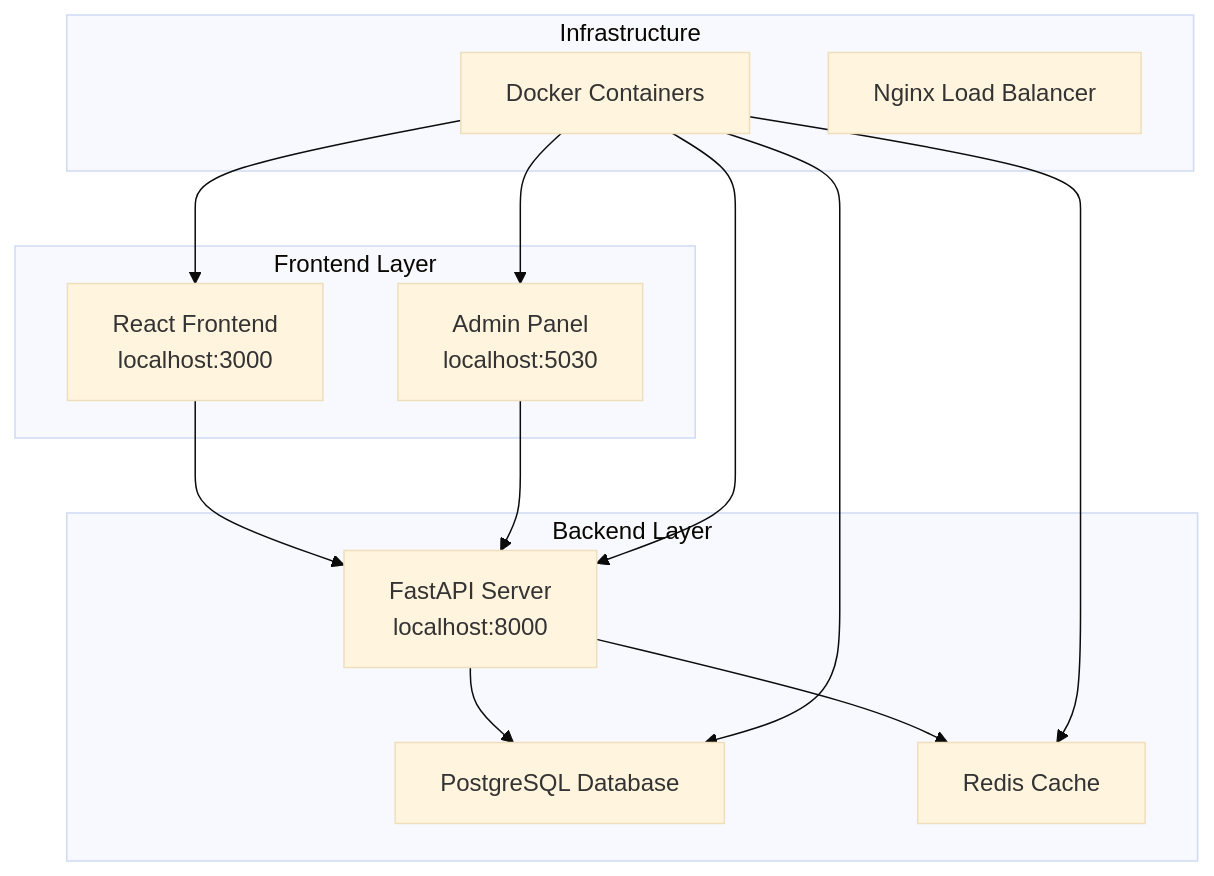
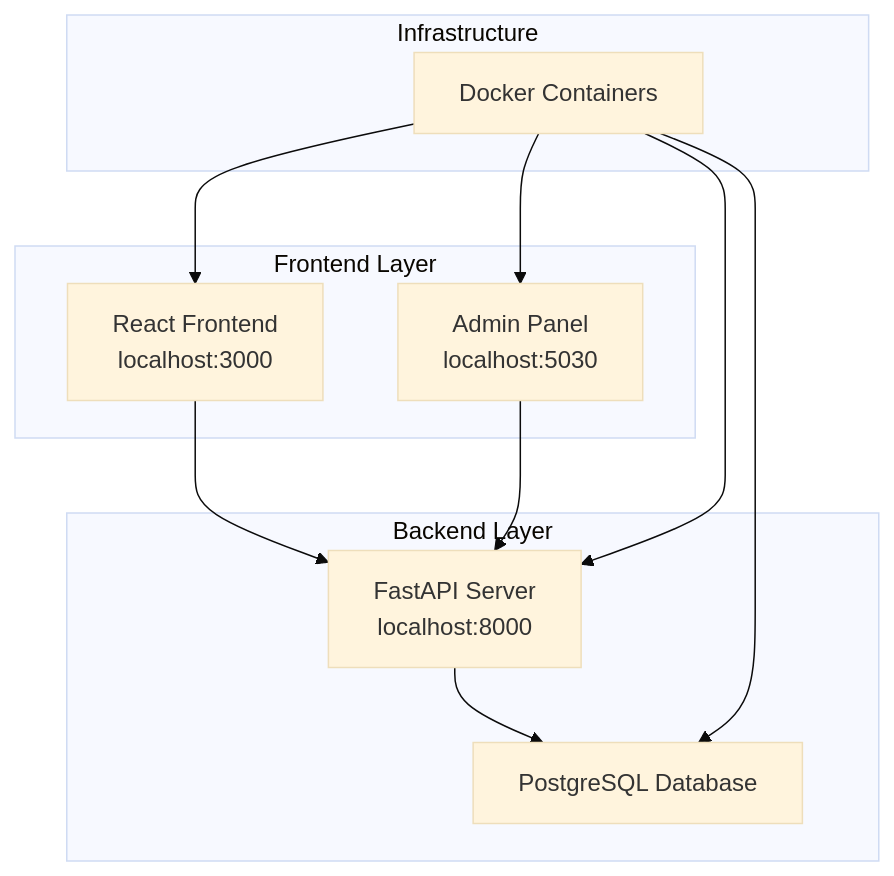
The first of 2 diagrams in README.md (dera-delis/E-commerce-Store), drawn with Mermaid (base theme) before and after one commit. The commit also changed other lines of this file, not shown here.

````diff
--- a/README.md
+++ b/README.md
@@ -142,28 +142,24 @@
 ```mermaid
 graph TB
     subgraph "Frontend Layer"
         A[React Frontend<br/>localhost:3000]
         B[Admin Panel<br/>localhost:5030]
     end
     
     subgraph "Backend Layer"
         C[FastAPI Server<br/>localhost:8000]
         D[PostgreSQL Database]
-        E[Redis Cache]
     end
     
     subgraph "Infrastructure"
         F[Docker Containers]
-        G[Nginx Load Balancer]
     end
     
     A --> C
     B --> C
     C --> D
-    C --> E
     F --> A
     F --> B
     F --> C
     F --> D
-    F --> E
 ```
````
